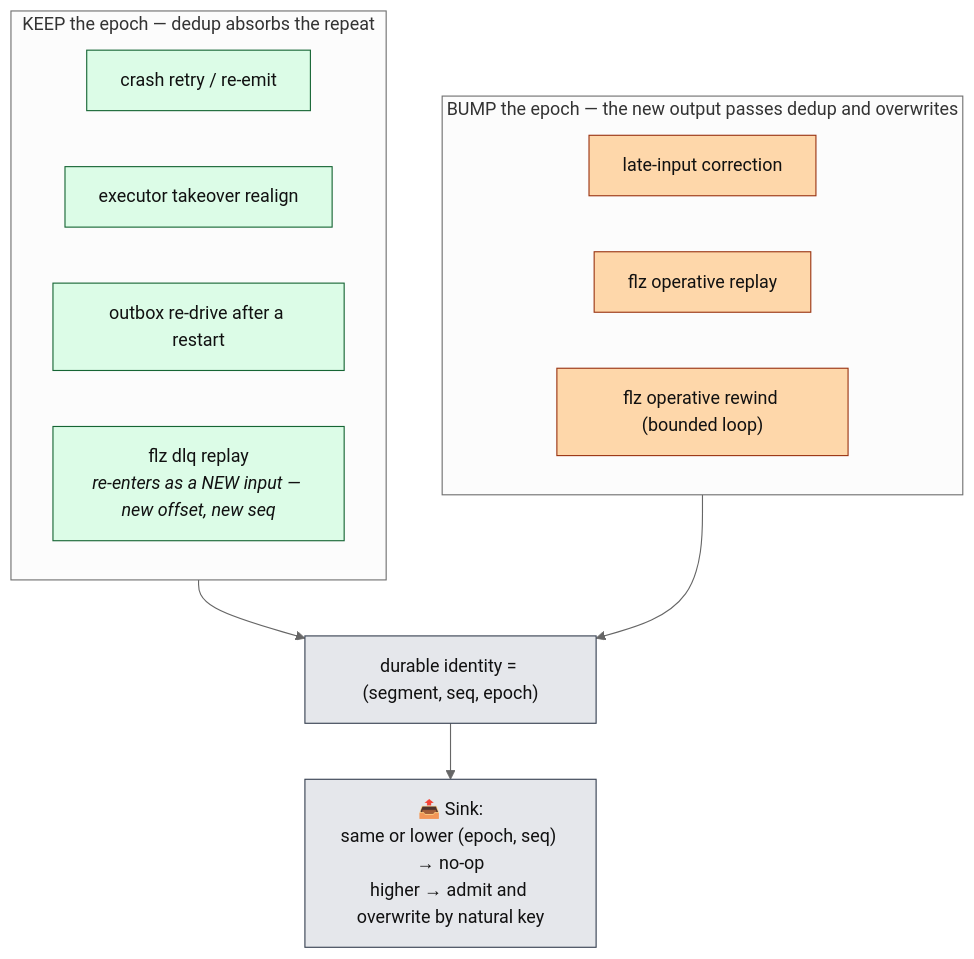
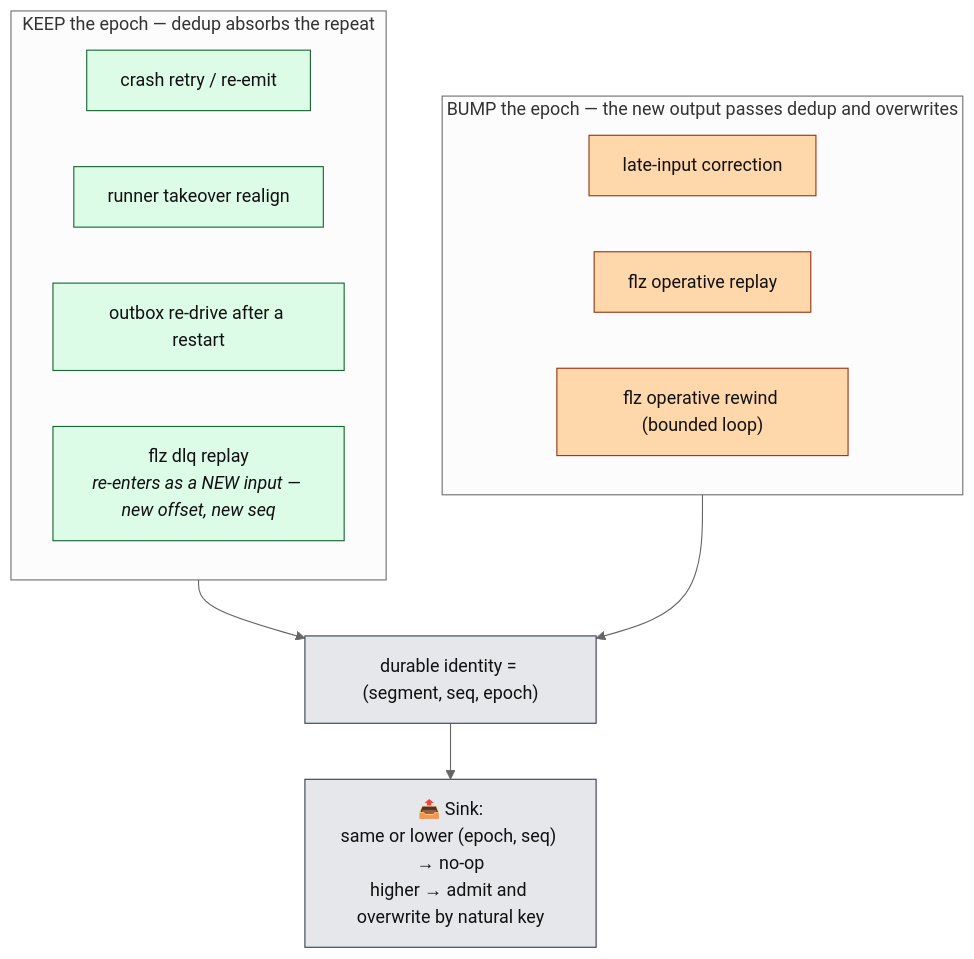
One commit to Flezha/flezha changed the tenth of 16 diagrams in docs/architecture/kernel.md. Above: the diagram before and after it, drawn with Mermaid (neutral theme). The commit also changed other lines of this file and 535 other files, not shown here.

````diff
--- a/docs/architecture/kernel.md
+++ b/docs/architecture/kernel.md
@@ -428,21 +428,21 @@
 ```mermaid
 flowchart TB
     subgraph KEEP["KEEP the epoch — dedup absorbs the repeat"]
         C1["crash retry / re-emit"]:::exec
-        C2["executor takeover realign"]:::exec
+        C2["runner takeover realign"]:::exec
         C3["outbox re-drive after a restart"]:::exec
         C4["flz dlq replay<br/><i>re-enters as a NEW input — new offset, new seq</i>"]:::exec
     end
     subgraph BUMP["BUMP the epoch — the new output passes dedup and overwrites"]
         B1["late-input correction"]:::sink
         B2["flz operative replay"]:::sink
         B3["flz operative rewind (bounded loop)"]:::sink
     end
     KEEP --> RULE["durable identity = (segment, seq, epoch)"]:::store
     BUMP --> RULE
     RULE --> SINKR["📤 Sink:<br/>same or lower (epoch, seq) → no-op<br/>higher → admit and overwrite by natural key"]:::store
 
     classDef exec fill:#dcfce7,stroke:#166534,color:#111
     classDef sink fill:#fed7aa,stroke:#9a3412,color:#111
     classDef store fill:#e5e7eb,stroke:#374151,color:#111
 ```
````
